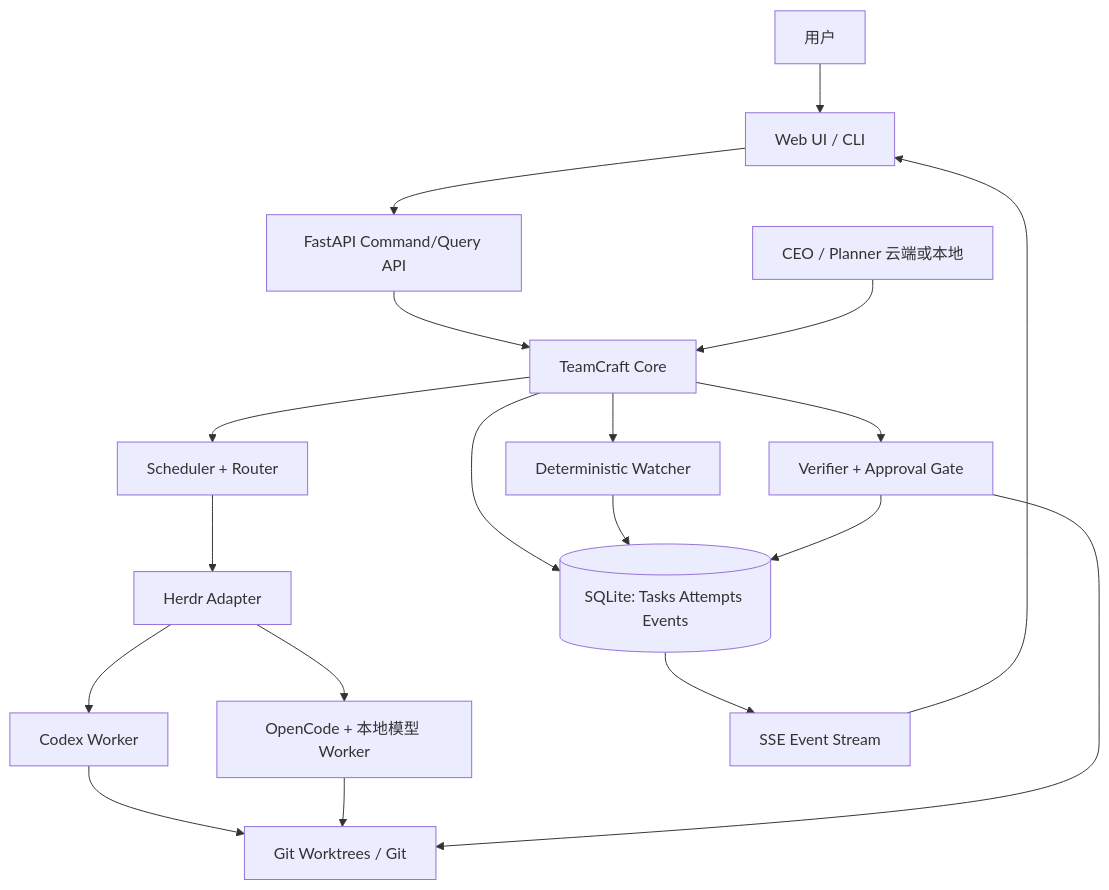
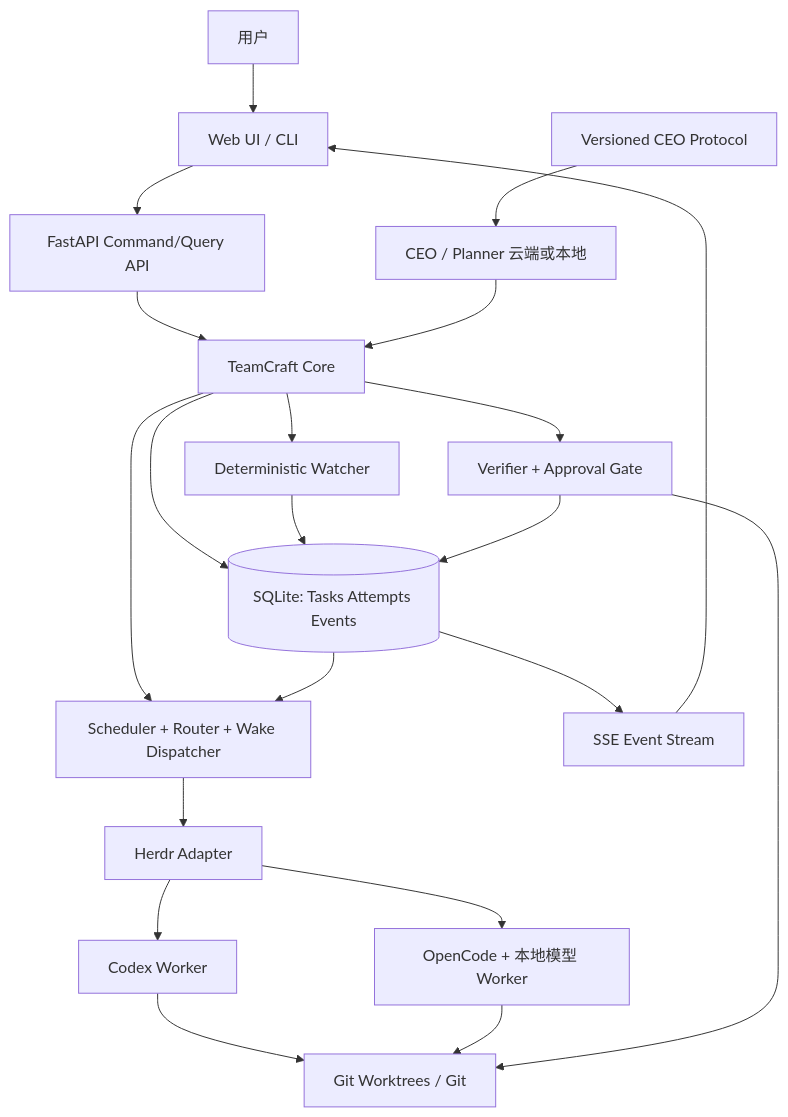
Before and after one commit to DiQiTech-AI/teamcraft: the diagram in doc/TEAMCRAFT_2_0_PLAN.md, drawn with Mermaid. The commit also changed other lines of this file and 1 other file, not shown here.

Commit message:
docs: plan CEO protocol and cross-harness orchestration

````diff
--- a/doc/TEAMCRAFT_2_0_PLAN.md
+++ b/doc/TEAMCRAFT_2_0_PLAN.md
@@ -135,21 +140,23 @@
 ```mermaid
 flowchart TB
     User[用户] --> UI[Web UI / CLI]
     UI --> API[FastAPI Command/Query API]
     API --> Core[TeamCraft Core]
     CEO[CEO / Planner 云端或本地] --> Core
     Core --> DB[(SQLite: Tasks Attempts Events)]
-    Core --> Sch[Scheduler + Router]
+    Core --> Sch[Scheduler + Router + Wake Dispatcher]
     Core --> Watch[Deterministic Watcher]
     Core --> Verify[Verifier + Approval Gate]
     Sch --> Herdr[Herdr Adapter]
     Herdr --> A[Codex Worker]
     Herdr --> B[OpenCode + 本地模型 Worker]
     A --> Git[Git Worktrees / Git]
     B --> Git
     Watch --> DB
     Verify --> Git
     Verify --> DB
     DB --> SSE[SSE Event Stream]
     SSE --> UI
+    Protocol[Versioned CEO Protocol] --> CEO
+    DB --> Sch
 ```
````
